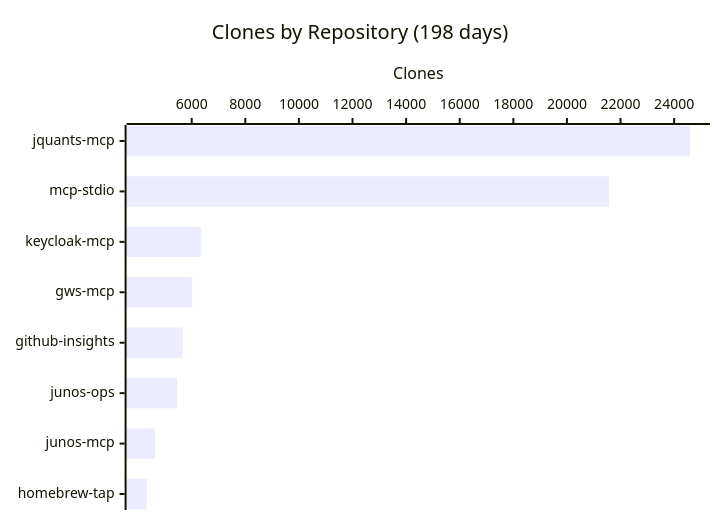
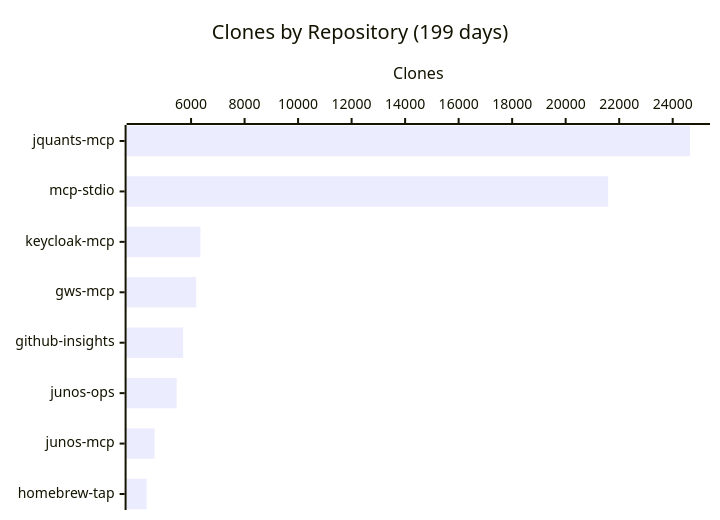
One commit to shigechika/github-insights changed the fourth of 4 diagrams in README.md. Above: the diagram before and after it, drawn with Mermaid. The commit also changed other lines of this file and 2 other files, not shown here.

````diff
--- a/README.md
+++ b/README.md
@@ -58,7 +58,7 @@
 ```mermaid
 xychart-beta horizontal
-    title "Clones by Repository (198 days)"
+    title "Clones by Repository (199 days)"
     x-axis ["jquants-mcp", "mcp-stdio", "keycloak-mcp", "gws-mcp", "github-insights", "junos-ops", "junos-mcp", "homebrew-tap"]
     y-axis "Clones"
-    bar [24591, 21572, 6345, 6018, 5664, 5457, 4633, 4318]
+    bar [24646, 21586, 6350, 6192, 5703, 5461, 4636, 4339]
 ```
````
